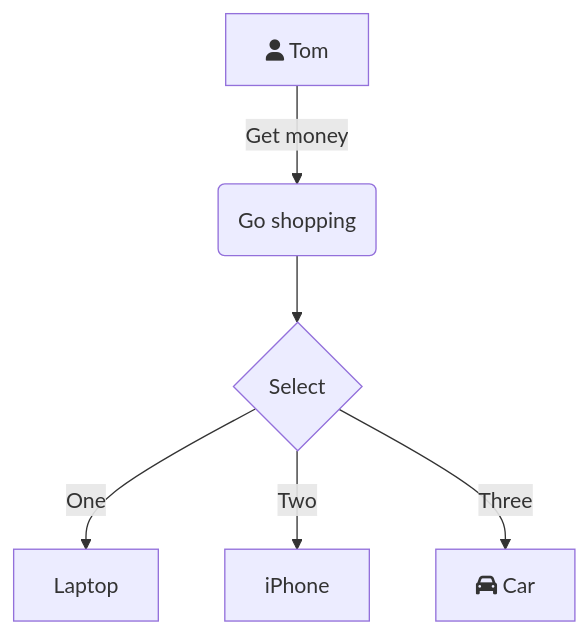
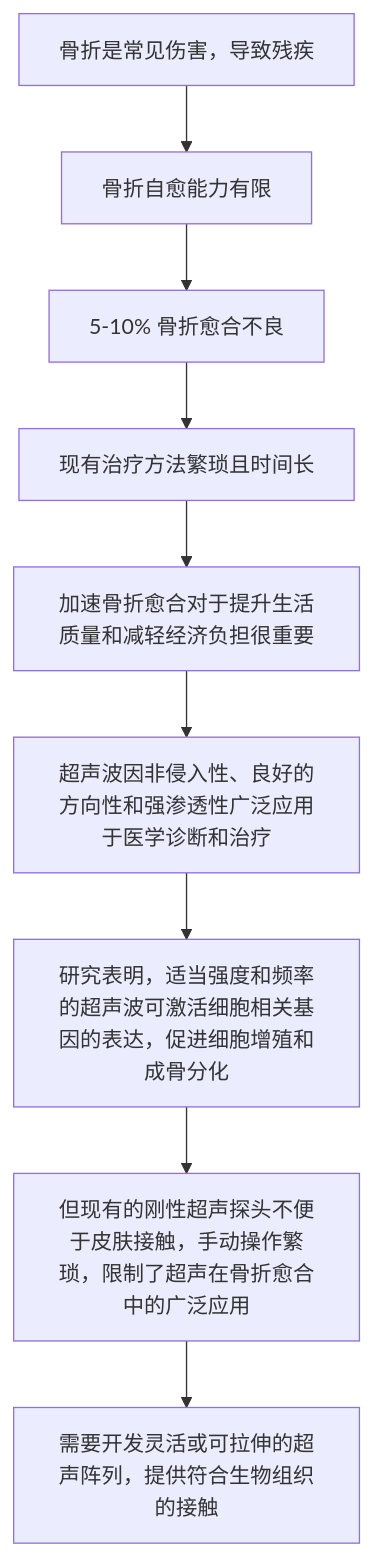
Before and after one commit to wyqspear/iodraw-files: the diagram in all/未命名-1.md, drawn with Mermaid.

Commit message:
2024-08-08 01:17:25 update

````diff
--- a/all/未命名-1.md
+++ b/all/未命名-1.md
@@ -1,8 +1,13 @@
 ```mermaid
-graph TD
-    A[fa:fa-user Tom] -->|Get money| B(Go shopping)
-    B --> C{Select}
-    C -->|One| D[Laptop]
-    C -->|Two| E[iPhone]
-    C -->|Three| F[fa:fa-car Car]
+flowchart TD
+    A[骨折是常见伤害，导致残疾] --> B[骨折自愈能力有限]
+    B --> C[5-10% 骨折愈合不良]
+    C --> D[现有治疗方法繁琐且时间长]
+    D --> E[加速骨折愈合对于提升生活质量和减轻经济负担很重要]
+    E --> F[超声波因非侵入性、良好的方向性和强渗透性广泛应用于医学诊断和治疗]
+    F --> G[研究表明，适当强度和频率的超声波可激活细胞相关基因的表达，促进细胞增殖和成骨分化]
+    G --> H[但现有的刚性超声探头不便于皮肤接触，手动操作繁琐，限制了超声在骨折愈合中的广泛应用]
+    H --> I[需要开发灵活或可拉伸的超声阵列，提供符合生物组织的接触]
+
+
 ```
````
